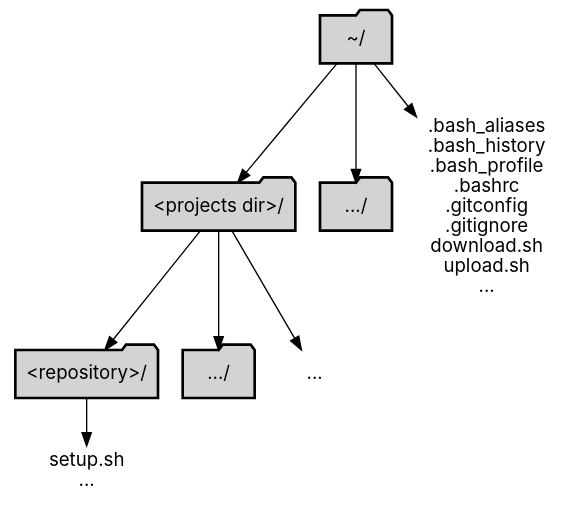
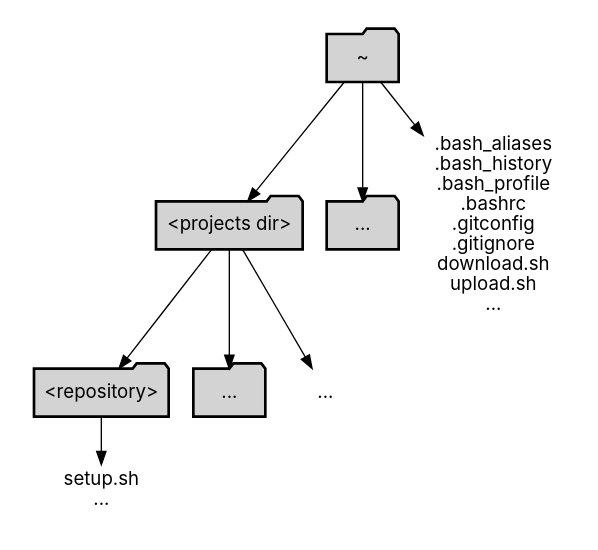
One commit to GiovaniPM/Graphs changed the diagram in Exemplos/Folder.gv. Above: the diagram before and after it, drawn with Graphviz. The commit also changed 1 other file, not shown here.

```diff
--- a/Exemplos/Folder.gv
+++ b/Exemplos/Folder.gv
@@ -1,32 +1,34 @@
 digraph a {
+  pad=0.25;
+
   node [fontname = "Handlee"
         shape="folder"
         style="filled,bold"
         color="black"
         fillcolor="lightgray"
         fontname="Inter"];
   edge [];
 
-  a [label="~/"];
-  b [label="<projects dir>/"];
-  c [label=".../"];
-  d [label="<repository>/"];
-  e [label=".../"];
+  a [label="~"];
+  b [label="<projects dir>"];
+  c [label="..."];
+  d [label="<repository>"];
+  e [label="..."];
   f [label=".bash_aliases\n.bash_history\n.bash_profile\n.bashrc\n.gitconfig\n.gitignore\ndownload.sh\nupload.sh\n..."
      shape="plaintext"
      style=""]
   g [label="..."
      shape="plaintext"
      style=""]
   h [label="setup.sh\n..."
      shape="plaintext"
      style=""]
 
   a -> b;
   a -> c;
   b -> d;
   b -> e;
   a -> f;
   b -> g;
   d -> h;
 }
```
